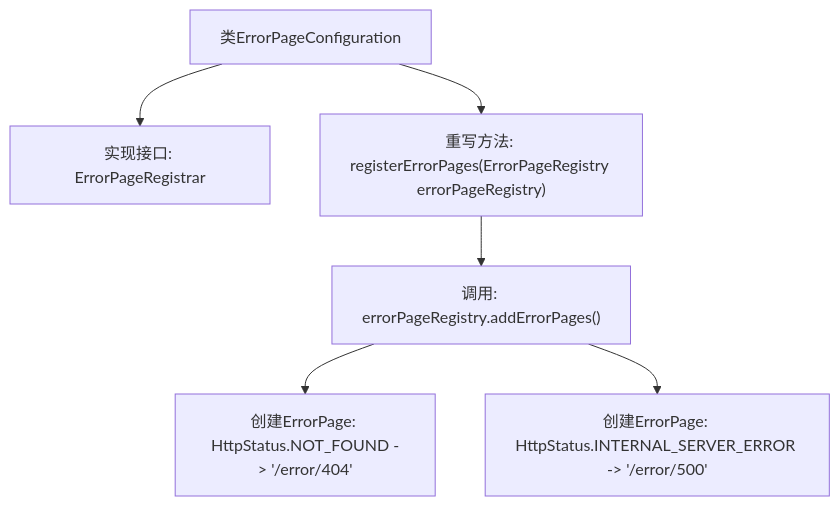
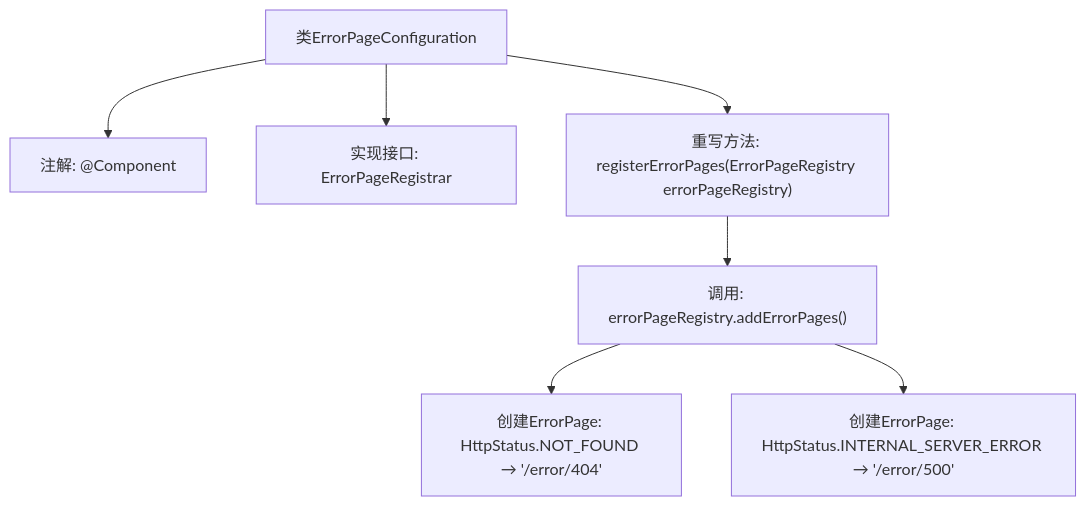
Before and after one commit to v-wjrong/rongwj666_weixin-java-miniapp-demo: the second of 2 diagrams in docs/zh/docs/src/main/java/com/github/binarywang/demo/wx/miniapp/error/ErrorPageConfiguration.md, drawn with Mermaid. The commit also changed other lines of this file and 47 other files, not shown here.

````diff
--- a/docs/zh/docs/src/main/java/com/github/binarywang/demo/wx/miniapp/error/ErrorPageConfiguration.md
+++ b/docs/zh/docs/src/main/java/com/github/binarywang/demo/wx/miniapp/error/ErrorPageConfiguration.md
@@ -70,15 +70,17 @@
 ```mermaid
 graph TD
     A["类ErrorPageConfiguration"]
-    B["实现接口: ErrorPageRegistrar"]
-    C["重写方法: registerErrorPages(ErrorPageRegistry errorPageRegistry)"]
-    D["调用: errorPageRegistry.addErrorPages()"]
-    E["创建ErrorPage: HttpStatus.NOT_FOUND -> '/error/404'"]
-    F["创建ErrorPage: HttpStatus.INTERNAL_SERVER_ERROR -> '/error/500'"]
+    B["注解: @Component"]
+    C["实现接口: ErrorPageRegistrar"]
+    D["重写方法: registerErrorPages(ErrorPageRegistry errorPageRegistry)"]
+    E["调用: errorPageRegistry.addErrorPages()"]
+    F["创建ErrorPage: HttpStatus.NOT_FOUND → '/error/404'"]
+    G["创建ErrorPage: HttpStatus.INTERNAL_SERVER_ERROR → '/error/500'"]
 
     A --> B
     A --> C
-    C --> D
+    A --> D
     D --> E
-    D --> F
+    E --> F
+    E --> G
 ```
````
